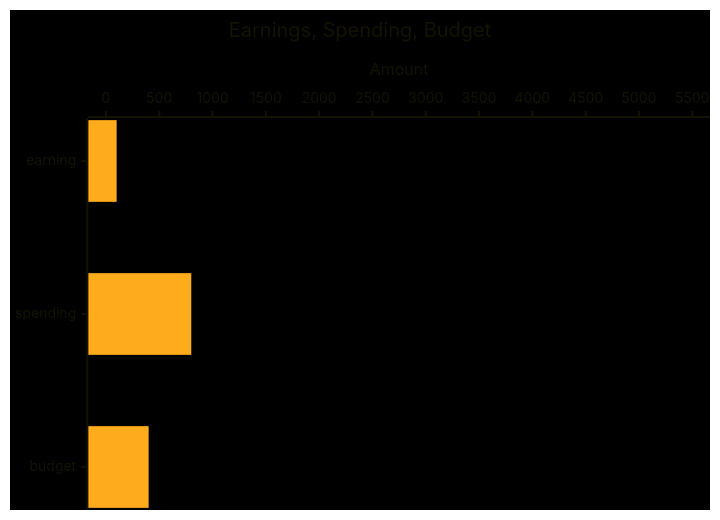
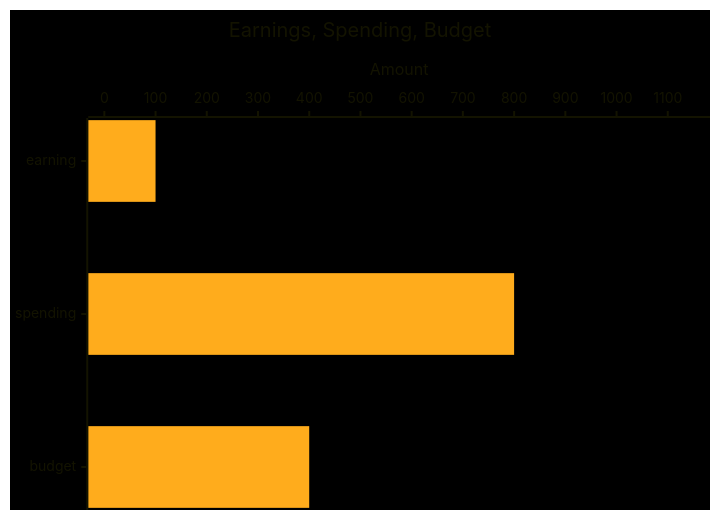
One commit to Indyandie/yosan changed the second of 5 diagrams in data/template/2024-07/2024-07-budget.md. Above: the diagram before and after it, drawn with Mermaid. The commit also changed other lines of this file and 2 other files, not shown here.

Commit message:
refactor: calculate max Y axis from current data

````diff
--- a/data/template/2024-07/2024-07-budget.md
+++ b/data/template/2024-07/2024-07-budget.md
@@ -29,14 +29,14 @@
 ```mermaid
 --- 
 config: 
    themeVariables:
       xyChart: 
          backgroundColor: "#000"
          plotColorPalette: "#ffac1c, #097969"
 ---
 xychart-beta horizontal
     title "Earnings, Spending, Budget"
-    y-axis "Amount" 0 --> 5500
+    y-axis "Amount" 0 --> 1151.00
     x-axis [earning, spending, budget]
     bar [100.00, 800.00, 400.00]
 ```
````
